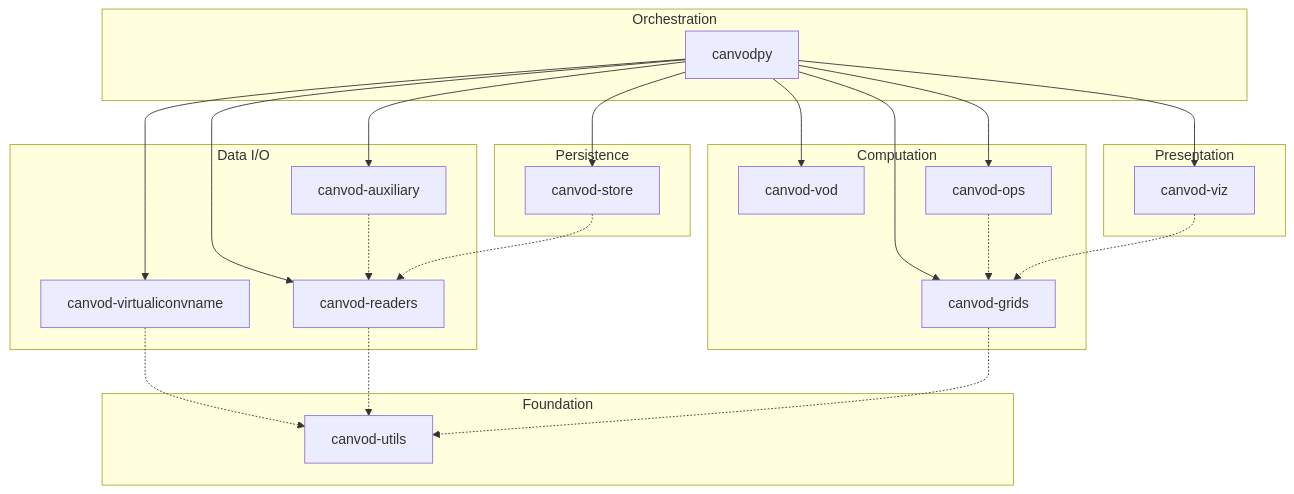
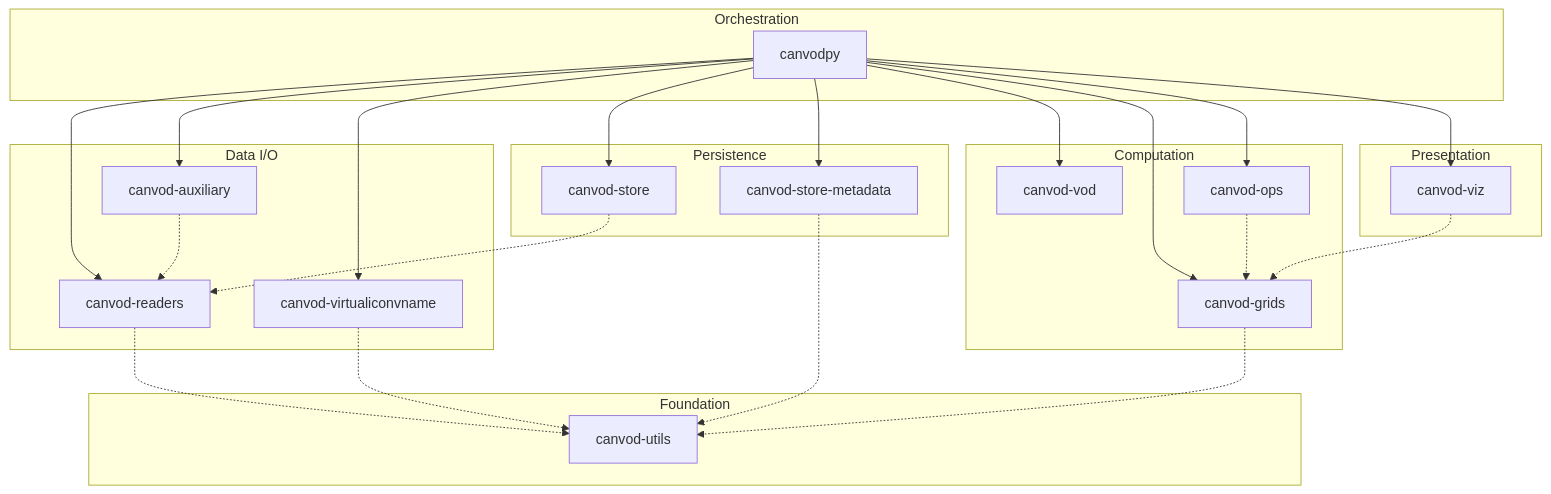
One commit to konstantinschellenberg/canvodpy changed the first of 2 diagrams in docs/architecture.md. Above: the diagram before and after it, drawn with Mermaid. The commit also changed other lines of this file and 3 other files, not shown here.

````diff
--- a/docs/architecture.md
+++ b/docs/architecture.md
@@ -16,42 +16,44 @@
 ```mermaid
 graph TD
     subgraph ORCHESTRATION["Orchestration"]
         CANVODPY["canvodpy"]
     end
 
     subgraph COMPUTE["Computation"]
         VOD["canvod-vod"]
         GRIDS["canvod-grids"]
         OPS["canvod-ops"]
     end
 
     subgraph STORE_LAYER["Persistence"]
         STORE["canvod-store"]
+        STOREMETA["canvod-store-metadata"]
     end
 
     subgraph DATAIO["Data I/O"]
         READERS["canvod-readers"]
         AUX["canvod-auxiliary"]
         NAMING["canvod-virtualiconvname"]
     end
 
     subgraph PRESENT["Presentation"]
         VIZ["canvod-viz"]
     end
 
     subgraph FOUNDATION["Foundation"]
         UTILS["canvod-utils"]
     end
 
     CANVODPY --> READERS & AUX & NAMING
-    CANVODPY --> STORE
+    CANVODPY --> STORE & STOREMETA
     CANVODPY --> VOD & GRIDS & OPS & VIZ
 
     OPS -.-> GRIDS
     VIZ -.-> GRIDS
     AUX -.-> READERS
     STORE -.-> READERS
+    STOREMETA -.-> UTILS
     NAMING -.-> UTILS
     READERS -.-> UTILS
     GRIDS -.-> UTILS
 ```
````
